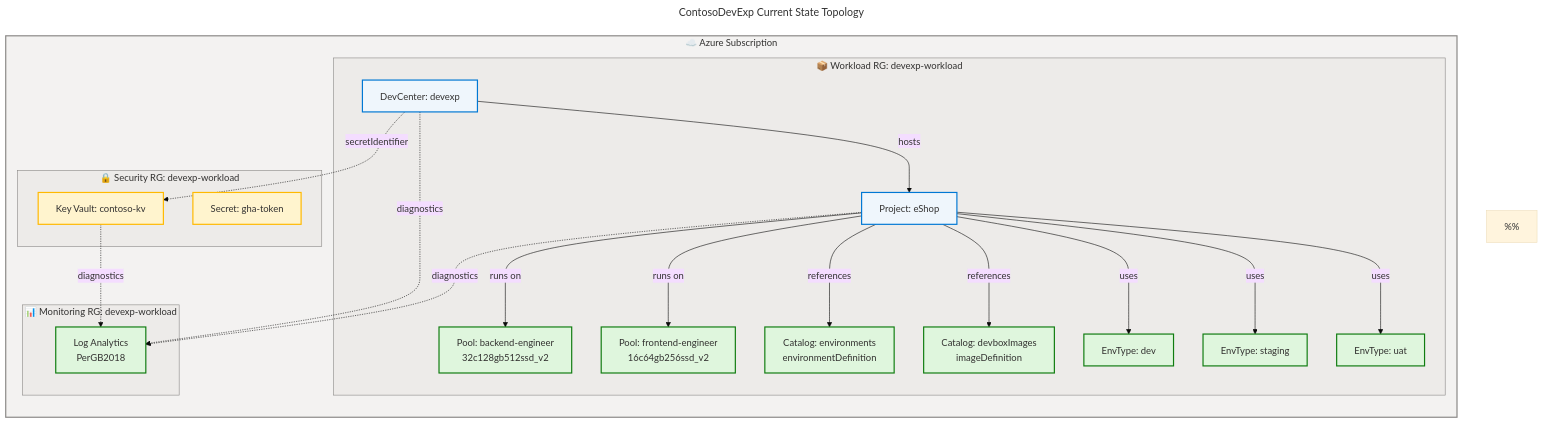
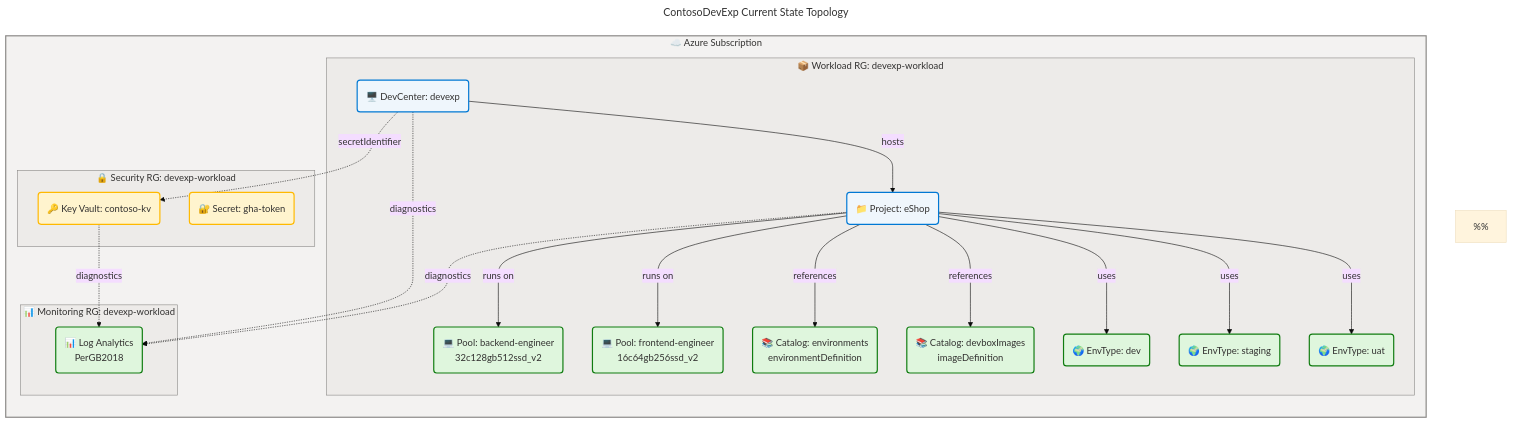
Before and after one commit to Evilazaro/DevExp-DevBox: the second of 5 diagrams in docs/architecture/app-arch.md, drawn with Mermaid. The commit also changed 1 other file, not shown here.

Commit message:
Refactor architecture documentation to enhance flowchart styles and remove unused class definitions for improved clarity

````diff
--- a/docs/architecture/app-arch.md
+++ b/docs/architecture/app-arch.md
@@ -677,73 +677,69 @@
 ```mermaid
 ---
 title: "ContosoDevExp Current State Topology"
 config:
   theme: base
   look: classic
   layout: dagre
   themeVariables:
     fontSize: '16px'
   flowchart:
     htmlLabels: true
 ---
 flowchart TB
     accTitle: ContosoDevExp Current State Topology
     accDescr: Shows the current state deployment topology across Azure resource groups and services. Nodes: DC=core, PROJ=core, POOL1=success, POOL2=success, CAT1=success, CAT2=success, ET1=success, ET2=success, ET3=success, KV=warning, SEC=warning, LA=success. WCAG AA compliant.
     %%
     %% AZURE / FLUENT ARCHITECTURE PATTERN v2.0
     %% (Semantic + Structural + Font + Accessibility Governance)
     %%
     %% PHASE 1 - FLUENT UI: All styling uses approved Fluent UI palette only
     %% PHASE 2 - GROUPS: Every subgraph has semantic color via style directive
     %% PHASE 3 - COMPONENTS: Every node has semantic classDef + icon prefix
     %% PHASE 4 - ACCESSIBILITY: accTitle/accDescr present, WCAG AA contrast
     %% PHASE 5 - STANDARD: Governance block present, classDefs centralized
     %%
 
     subgraph sub ["☁️ Azure Subscription"]
         direction TB
         subgraph rg1 ["📦 Workload RG: devexp-workload"]
-            DC[DevCenter: devexp]
-            PROJ[Project: eShop]
-            POOL1[Pool: backend-engineer\n32c128gb512ssd_v2]
-            POOL2[Pool: frontend-engineer\n16c64gb256ssd_v2]
-            CAT1[Catalog: environments\nenvironmentDefinition]
-            CAT2[Catalog: devboxImages\nimageDefinition]
-            ET1[EnvType: dev]
-            ET2[EnvType: staging]
-            ET3[EnvType: uat]
+            DC("🖥️ DevCenter: devexp"):::core
+            PROJ("📁 Project: eShop"):::core
+            POOL1("💻 Pool: backend-engineer<br/>32c128gb512ssd_v2"):::success
+            POOL2("💻 Pool: frontend-engineer<br/>16c64gb256ssd_v2"):::success
+            CAT1("📚 Catalog: environments<br/>environmentDefinition"):::success
+            CAT2("📚 Catalog: devboxImages<br/>imageDefinition"):::success
+            ET1("🌍 EnvType: dev"):::success
+            ET2("🌍 EnvType: staging"):::success
+            ET3("🌍 EnvType: uat"):::success
         end
         subgraph rg2 ["🔒 Security RG: devexp-workload"]
-            KV[Key Vault: contoso-kv]
-            SEC[Secret: gha-token]
+            KV("🔑 Key Vault: contoso-kv"):::warning
+            SEC("🔐 Secret: gha-token"):::warning
         end
         subgraph rg3 ["📊 Monitoring RG: devexp-workload"]
-            LA[Log Analytics\nPerGB2018]
+            LA("📊 Log Analytics<br/>PerGB2018"):::success
         end
     end
 
     DC -->|hosts| PROJ
     PROJ -->|runs on| POOL1
     PROJ -->|runs on| POOL2
     PROJ -->|references| CAT1
     PROJ -->|references| CAT2
     PROJ -->|uses| ET1
     PROJ -->|uses| ET2
     PROJ -->|uses| ET3
     DC -.->|secretIdentifier| KV
     DC -.->|diagnostics| LA
     KV -.->|diagnostics| LA
     PROJ -.->|diagnostics| LA
 
     classDef core fill:#EFF6FC,stroke:#0078D4,stroke-width:2px,color:#323130
     classDef success fill:#DFF6DD,stroke:#107C10,stroke-width:2px,color:#323130
     classDef warning fill:#FFF4CE,stroke:#FFB900,stroke-width:2px,color:#323130
-    classDef neutral fill:#FAFAFA,stroke:#8A8886,stroke-width:2px,color:#323130
-    class DC,PROJ core
-    class POOL1,POOL2,CAT1,CAT2,ET1,ET2,ET3,LA success
-    class KV,SEC warning
     style sub fill:#F3F2F1,stroke:#8A8886,stroke-width:2px,color:#323130
     style rg1 fill:#EDEBE9,stroke:#8A8886,stroke-width:1px,color:#323130
     style rg2 fill:#EDEBE9,stroke:#8A8886,stroke-width:1px,color:#323130
     style rg3 fill:#EDEBE9,stroke:#8A8886,stroke-width:1px,color:#323130
 ```
````
